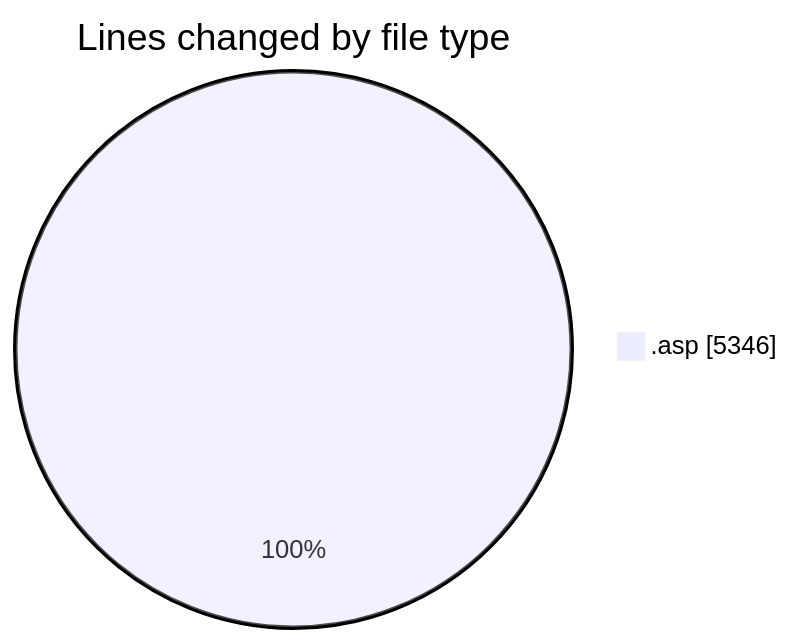
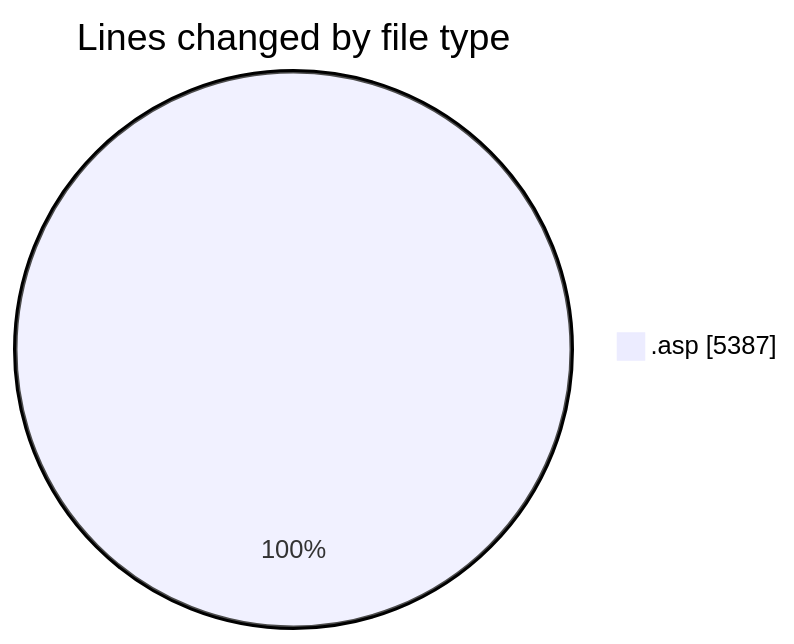
One commit to julien-gomy/code-tracking changed the first of 2 diagrams in 2025-10-31/cdp_aleoudev_fr__workspace_/README.md. Above: the diagram before and after it, drawn with Mermaid. The commit also changed other lines of this file and 1 other file, not shown here.

````diff
--- a/2025-10-31/cdp_aleoudev_fr__workspace_/README.md
+++ b/2025-10-31/cdp_aleoudev_fr__workspace_/README.md
@@ -23,5 +23,5 @@
 ```mermaid
 pie showData
 title Lines changed by file type
-".asp" : 5346
+".asp" : 5387
 ```
````
